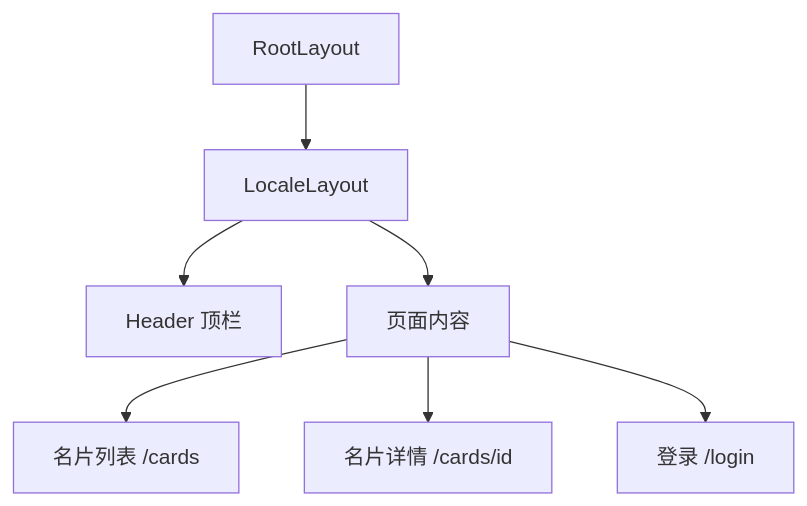
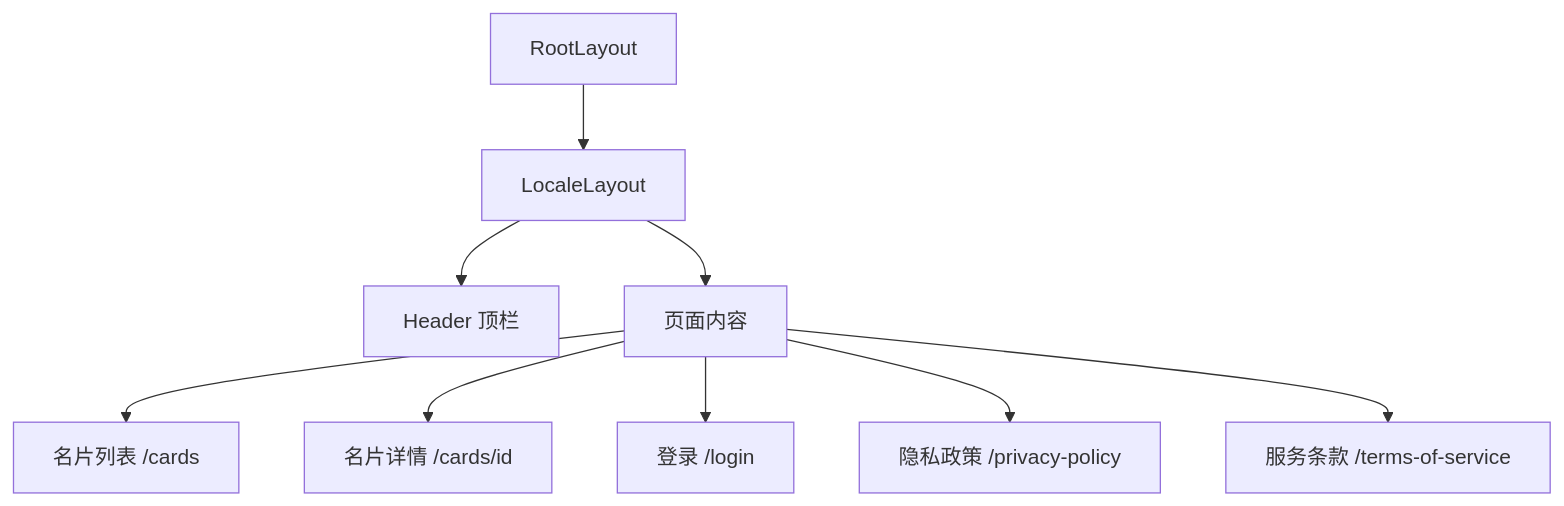
The first of 2 diagrams in Documents/frontend/frontend.md (addicted0010/namecardfolder), drawn with Mermaid before and after one commit. The commit also changed other lines of this file and 21 other files, not shown here.

````diff
--- a/Documents/frontend/frontend.md
+++ b/Documents/frontend/frontend.md
@@ -15,10 +15,12 @@
 ```mermaid
 graph TB
     Root[RootLayout] --> LocaleLayout[LocaleLayout]
     LocaleLayout --> Header[Header 顶栏]
     LocaleLayout --> Content[页面内容]
     
     Content --> CardsPage[名片列表 /cards]
     Content --> CardDetail[名片详情 /cards/id]
     Content --> LoginPage[登录 /login]
+    Content --> PrivacyPage[隐私政策 /privacy-policy]
+    Content --> TermsPage[服务条款 /terms-of-service]
 ```
````
